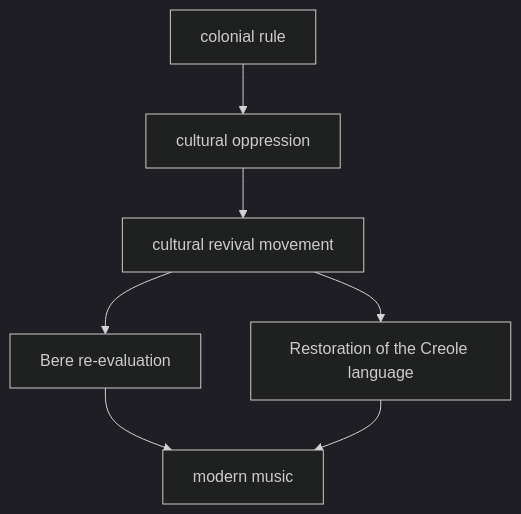
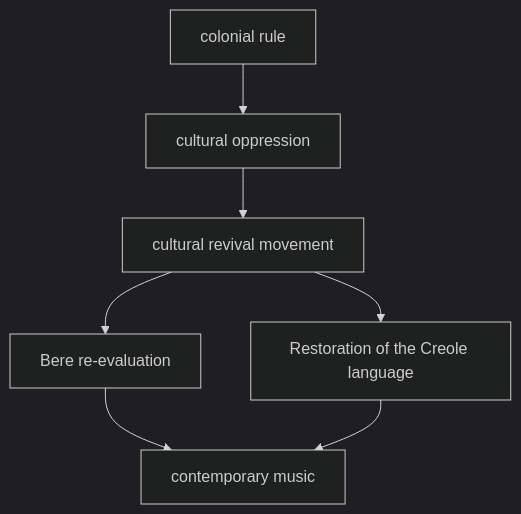
Before and after one commit to monumental-movement/monumental-movement.github.io: the seventh of 11 diagrams in en/_posts/2026-05-16-column-martinique.md, drawn with Mermaid (dark theme). The commit also changed other lines of this file and 423 other files, not shown here.

```diff
--- a/en/_posts/2026-05-16-column-martinique.md
+++ b/en/_posts/2026-05-16-column-martinique.md
@@ -296,9 +296,9 @@
 <div class="mermaid">
 flowchart TD
 A[colonial rule] --> B[cultural oppression]
 B --> C[cultural revival movement]
 C --> D[Bere re-evaluation]
 C --> E[Restoration of the Creole language]
-D --> F[modern music]
+D --> F[contemporary music]
 E --> F
 </div>
```
